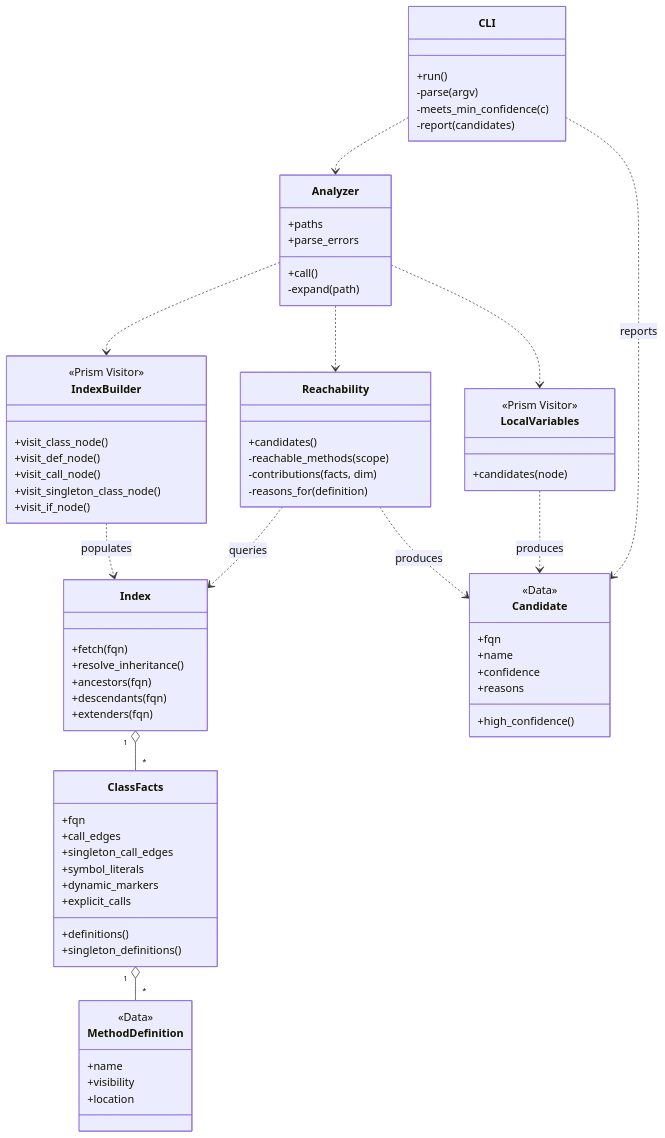
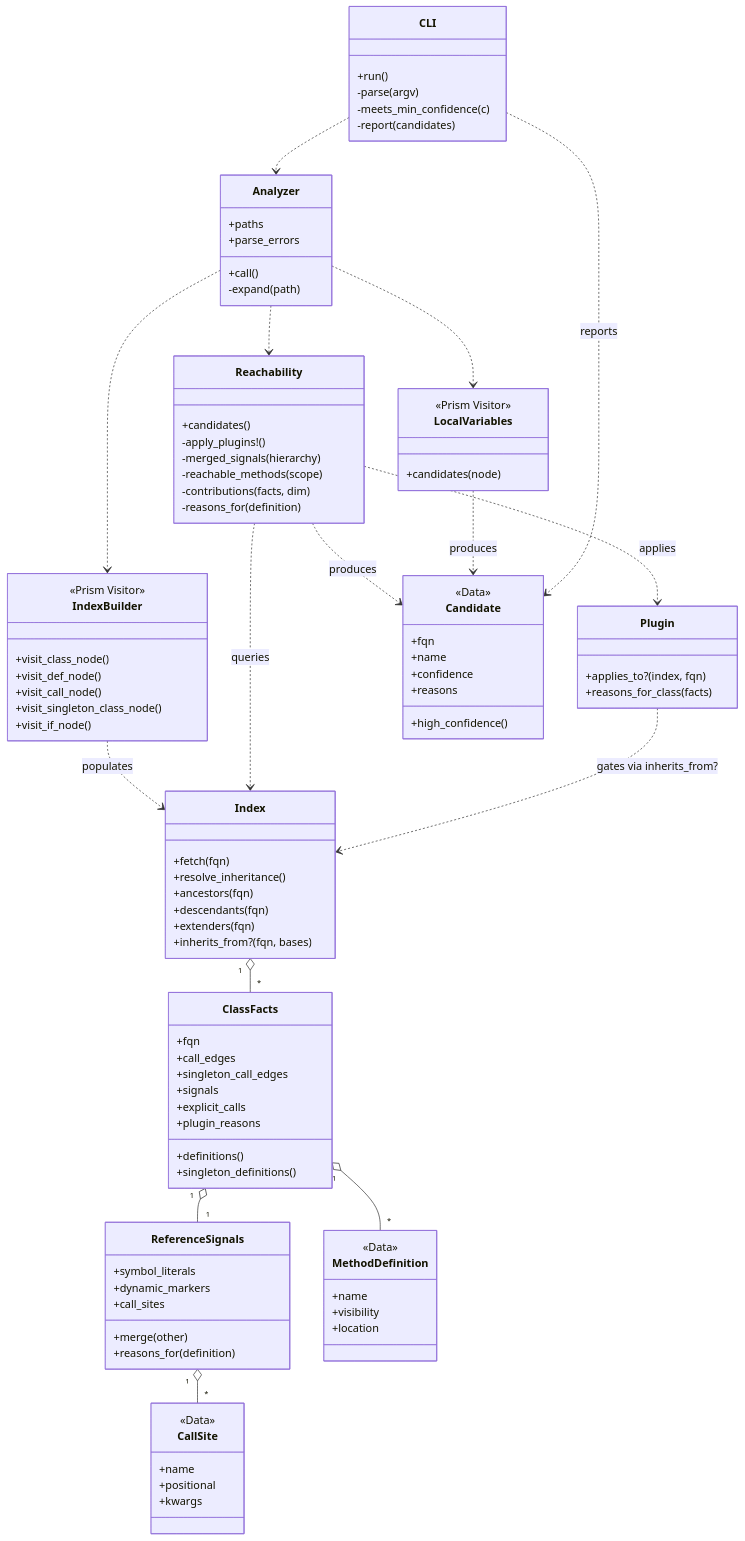
Before and after one commit to joelbiffin/thanatos: the second of 2 diagrams in docs/architecture.md, drawn with Mermaid. The commit also changed other lines of this file and 5 other files, not shown here.

Commit message:
Update documentation in light of ReferenceSignals

```diff
--- a/docs/architecture.md
+++ b/docs/architecture.md
@@ -101,19 +105,39 @@
         +ancestors(fqn)
         +descendants(fqn)
         +extenders(fqn)
+        +inherits_from?(fqn, bases)
     }
     class ClassFacts {
         +fqn
         +call_edges
         +singleton_call_edges
-        +symbol_literals
-        +dynamic_markers
+        +signals
         +explicit_calls
+        +plugin_reasons
         +definitions()
         +singleton_definitions()
     }
+    class ReferenceSignals {
+        +symbol_literals
+        +dynamic_markers
+        +call_sites
+        +merge(other)
+        +reasons_for(definition)
+    }
+    class CallSite {
+        <<Data>>
+        +name
+        +positional
+        +kwargs
+    }
+    class Plugin {
+        +applies_to?(index, fqn)
+        +reasons_for_class(facts)
+    }
     class Reachability {
         +candidates()
+        -apply_plugins!()
+        -merged_signals(hierarchy)
         -reachable_methods(scope)
         -contributions(facts, dim)
         -reasons_for(definition)
@@ -141,6 +165,10 @@
     Reachability ..> Index : queries
     Index "1" o-- "*" ClassFacts
     ClassFacts "1" o-- "*" MethodDefinition
+    ClassFacts "1" o-- "1" ReferenceSignals
+    ReferenceSignals "1" o-- "*" CallSite
+    Reachability ..> Plugin : applies
+    Plugin ..> Index : gates via inherits_from?
     Reachability ..> Candidate : produces
     LocalVariables ..> Candidate : produces
     CLI ..> Candidate : reports
```
